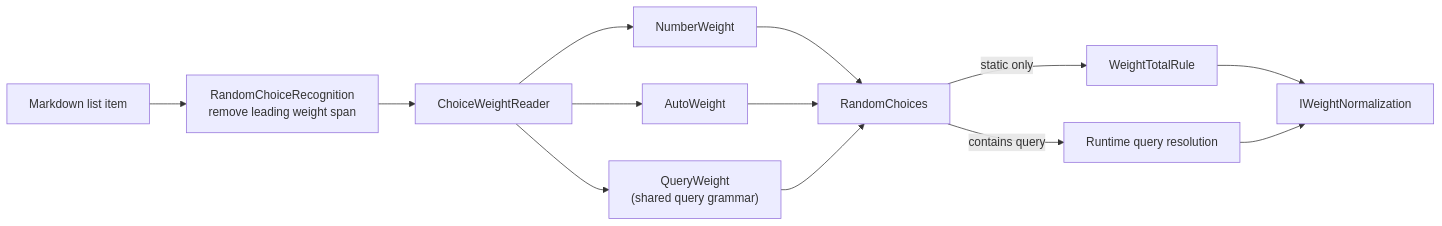
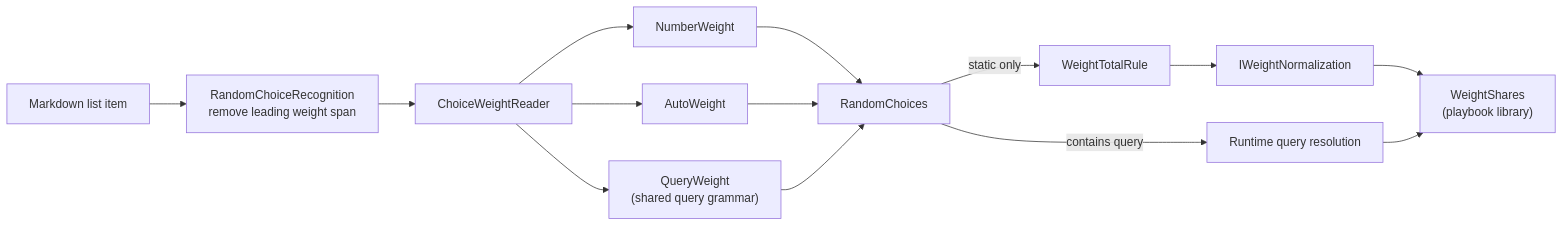
The diagram in docs/contributing/design-notes/language/Random Choice.md (pengzhengyi/dialoguedown), drawn with Mermaid before and after one commit. The commit also changed other lines of this file and 2 other files, not shown here.

First line of the commit message:
refactor(script): work out a random choice's shares through the playbook's WeightShares

````diff
--- a/docs/contributing/design-notes/language/Random Choice.md
+++ b/docs/contributing/design-notes/language/Random Choice.md
@@ -205,15 +207,16 @@
 ```mermaid
 flowchart LR
     LI["Markdown list item"] --> Recognize["RandomChoiceRecognition<br/>remove leading weight span"]
     Recognize --> Read["ChoiceWeightReader"]
     Read --> NW["NumberWeight"]
     Read --> AW["AutoWeight"]
     Read --> QW["QueryWeight<br/>(shared query grammar)"]
     NW --> RC["RandomChoices"]
     AW --> RC
     QW --> RC
     RC -->|static only| Rule["WeightTotalRule"]
     RC -->|contains query| Runtime["Runtime query resolution"]
     Rule --> Norm["IWeightNormalization"]
-    Runtime --> Norm
+    Norm --> Shares["WeightShares<br/>(playbook library)"]
+    Runtime --> Shares
 ```
````
